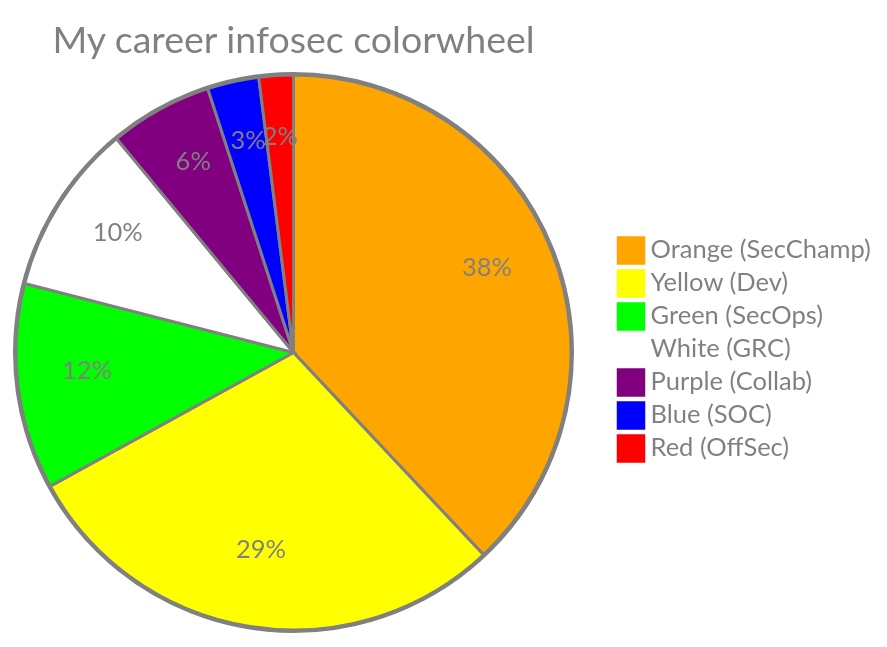
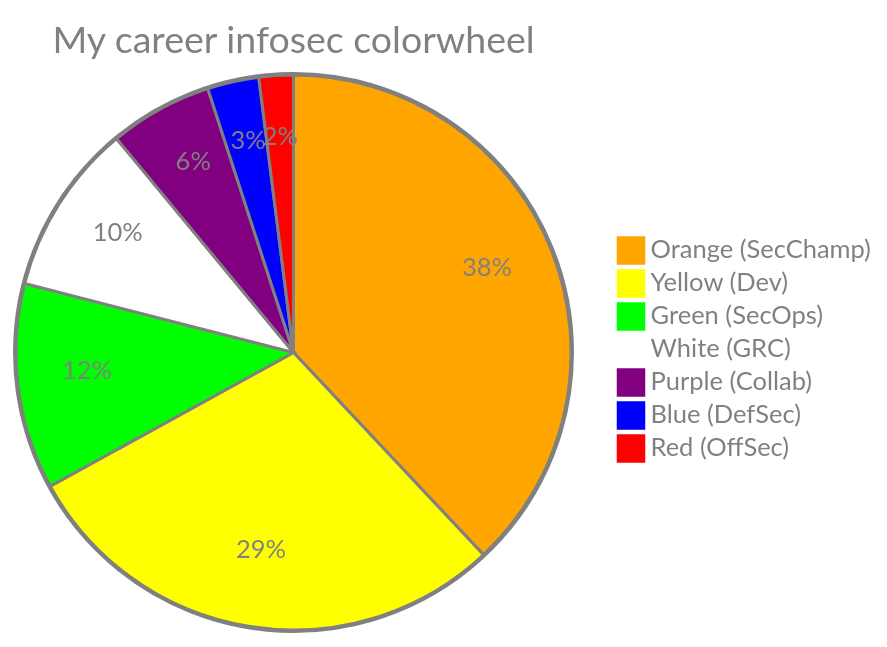
Before and after one commit to felickz/felickz: the first of 3 diagrams in README-colorwheel.md, drawn with Mermaid. The commit also changed other lines of this file, not shown here.

Commit message:
Relabel Blue as DefSec

````diff
--- a/README-colorwheel.md
+++ b/README-colorwheel.md
@@ -10,12 +10,12 @@
 ```mermaid
 %%{init: {'theme': 'base', 'themeVariables': { 'pie1': '#FFA500', 'pie2': '#FFFF00', 'pie3': '#00FF00', 'pie4': '#FFFFFF', 'pie5': '#800080', 'pie6': '#0000FF', 'pie7': '#ff0000', 'pieOpacity': '1', 'pieStrokeColor': '#808080', 'pieOuterStrokeColor': '#808080', 'pieTitleTextColor': '#808080', 'pieLegendTextColor': '#808080', 'pieSectionTextColor': '#808080'}}}%%
 pie
   title My career infosec colorwheel
   "Orange (SecChamp)" : 38
   "Yellow (Dev)" : 29
   "Green (SecOps)" : 12
   "White (GRC)" : 10
   "Purple (Collab)" : 6
-  "Blue (SOC)" : 3
+  "Blue (DefSec)" : 3
   "Red (OffSec)" : 2
 ```
````
